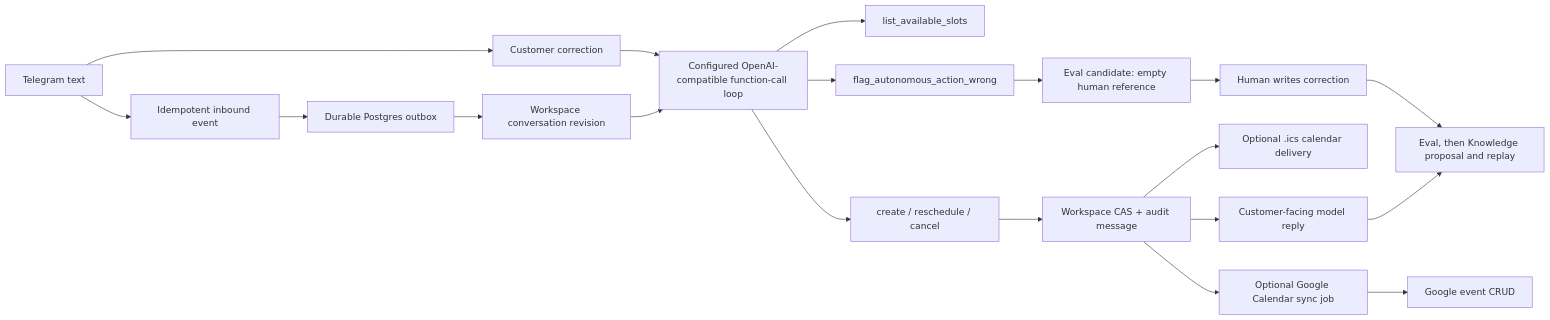
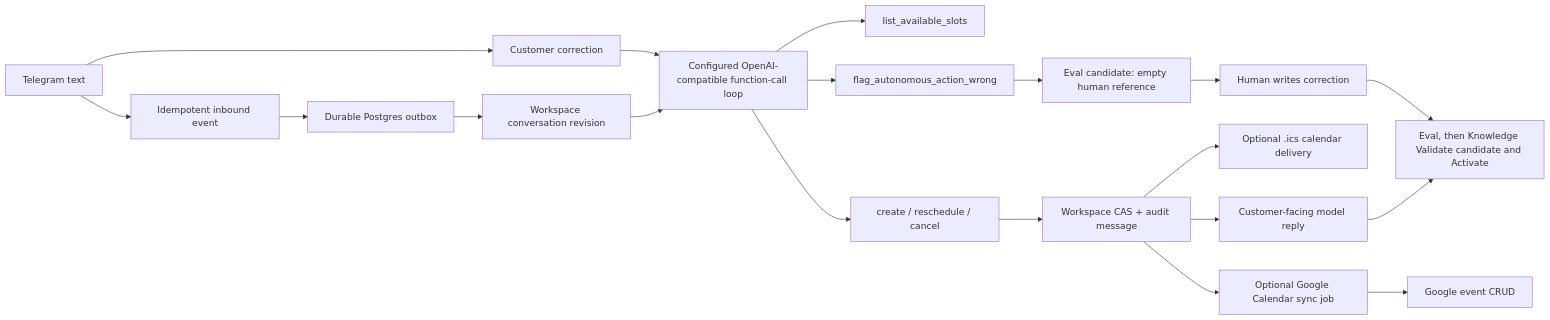
One commit to BryanTheLai/codex-july-hackathon-official changed the diagram in docs/autonomous-booking-agent.md. Above: the diagram before and after it, drawn with Mermaid. The commit also changed other lines of this file and 5 other files, not shown here.

````diff
--- a/docs/autonomous-booking-agent.md
+++ b/docs/autonomous-booking-agent.md
@@ -23,21 +23,21 @@
 ```mermaid
 flowchart LR
   T[Telegram text] --> I[Idempotent inbound event]
   I --> O[Durable Postgres outbox]
   O --> W[Workspace conversation revision]
   W --> A[Configured OpenAI-compatible function-call loop]
   A --> S[list_available_slots]
   A --> B[create / reschedule / cancel]
   B --> C[Workspace CAS + audit message]
   C --> R[Customer-facing model reply]
   R --> D[Idempotent Telegram text delivery]
   C --> K[Optional .ics calendar delivery]
   C --> G[Optional Google Calendar sync job]
   G --> X[Google event CRUD]
   T --> F[Customer correction]
   F --> A
   A --> Q[flag_autonomous_action_wrong]
   Q --> E[Eval candidate: empty human reference]
   E --> H[Human writes correction]
-  H --> D[Eval, then Knowledge proposal and replay]
+  H --> D[Eval, then Knowledge Validate candidate and Activate]
 ```
````
